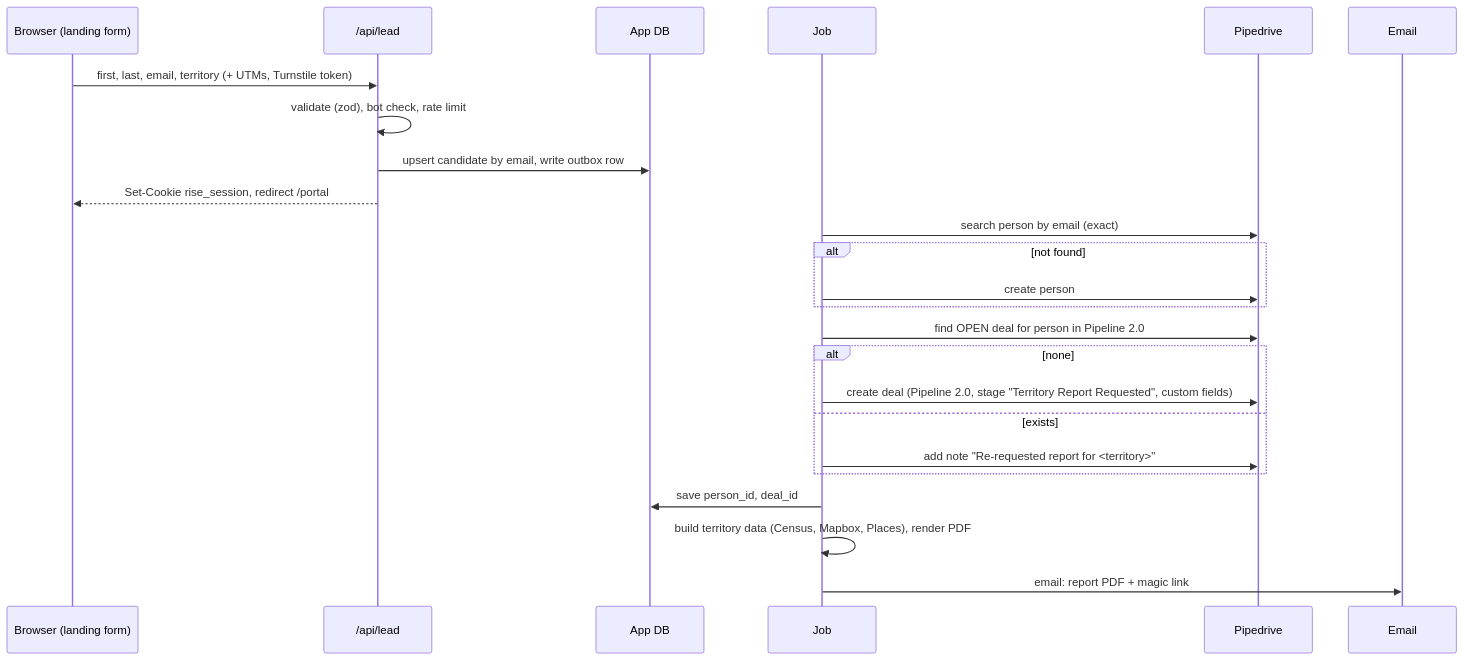
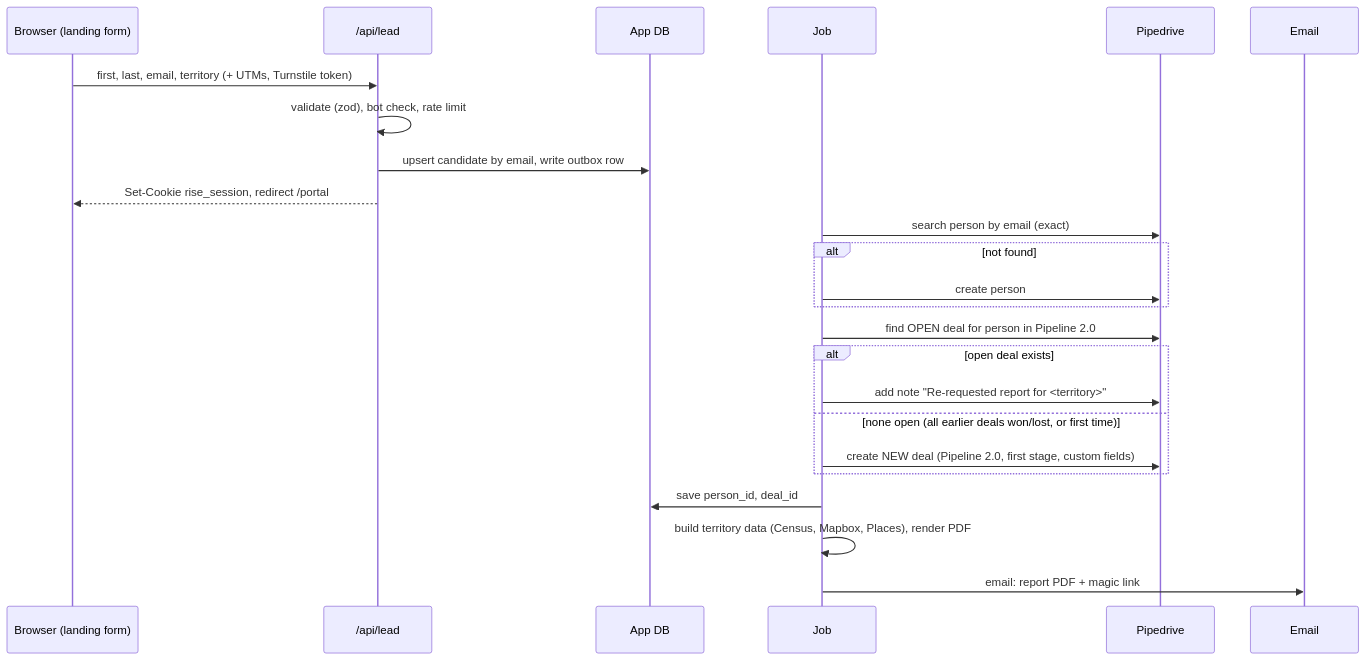
One commit to gahlbergioabea/rise_connecteam_tools changed the second of 3 diagrams in docs/franchise-portal-architecture.md. Above: the diagram before and after it, drawn with Mermaid. The commit also changed other lines of this file, not shown here.

First line of the commit message:
Record deal lifecycle decisions in portal architecture

````diff
--- a/docs/franchise-portal-architecture.md
+++ b/docs/franchise-portal-architecture.md
@@ -143,27 +161,27 @@
 ```mermaid
 sequenceDiagram
   participant B as Browser (landing form)
   participant A as /api/lead
   participant D as App DB
   participant J as Job
   participant P as Pipedrive
   participant E as Email
 
   B->>A: first, last, email, territory (+ UTMs, Turnstile token)
   A->>A: validate (zod), bot check, rate limit
   A->>D: upsert candidate by email, write outbox row
   A-->>B: Set-Cookie rise_session, redirect /portal
   J->>P: search person by email (exact)
   alt not found
     J->>P: create person
   end
   J->>P: find OPEN deal for person in Pipeline 2.0
-  alt none
-    J->>P: create deal (Pipeline 2.0, stage "Territory Report Requested", custom fields)
-  else exists
+  alt open deal exists
     J->>P: add note "Re-requested report for <territory>"
+  else none open (all earlier deals won/lost, or first time)
+    J->>P: create NEW deal (Pipeline 2.0, first stage, custom fields)
   end
   J->>D: save person_id, deal_id
   J->>J: build territory data (Census, Mapbox, Places), render PDF
   J->>E: email: report PDF + magic link
 ```
````
